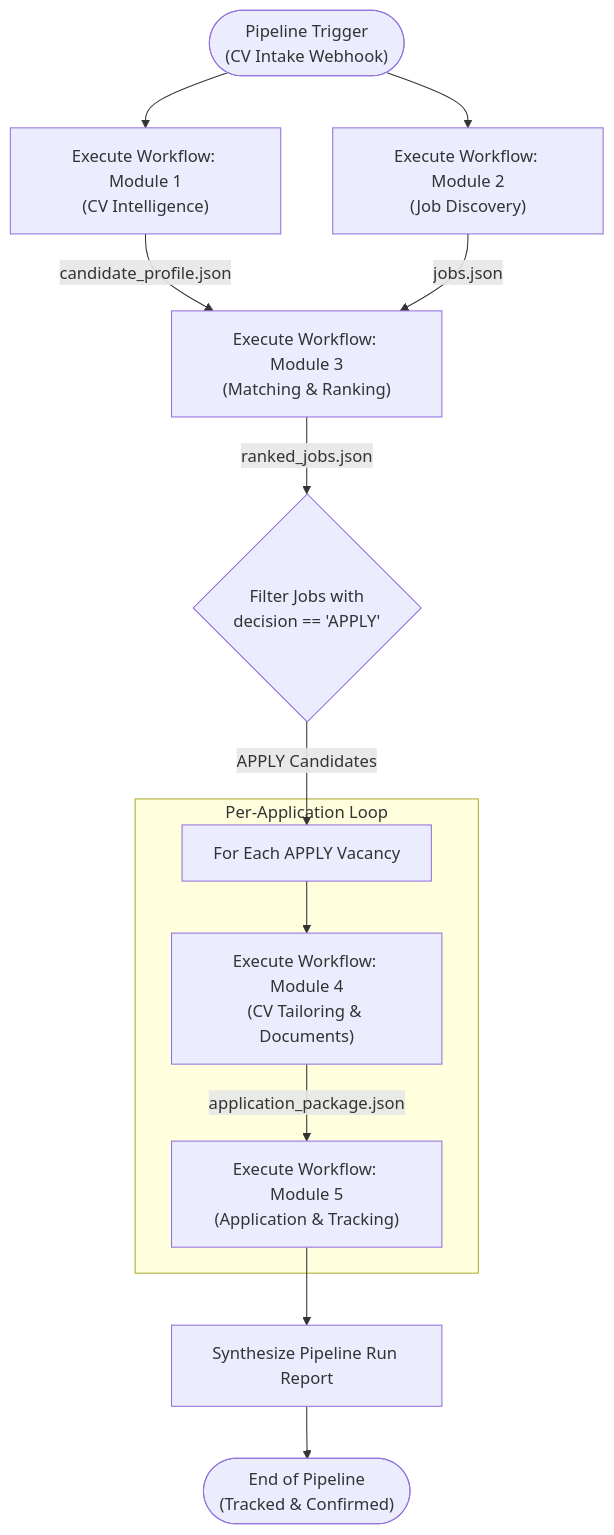
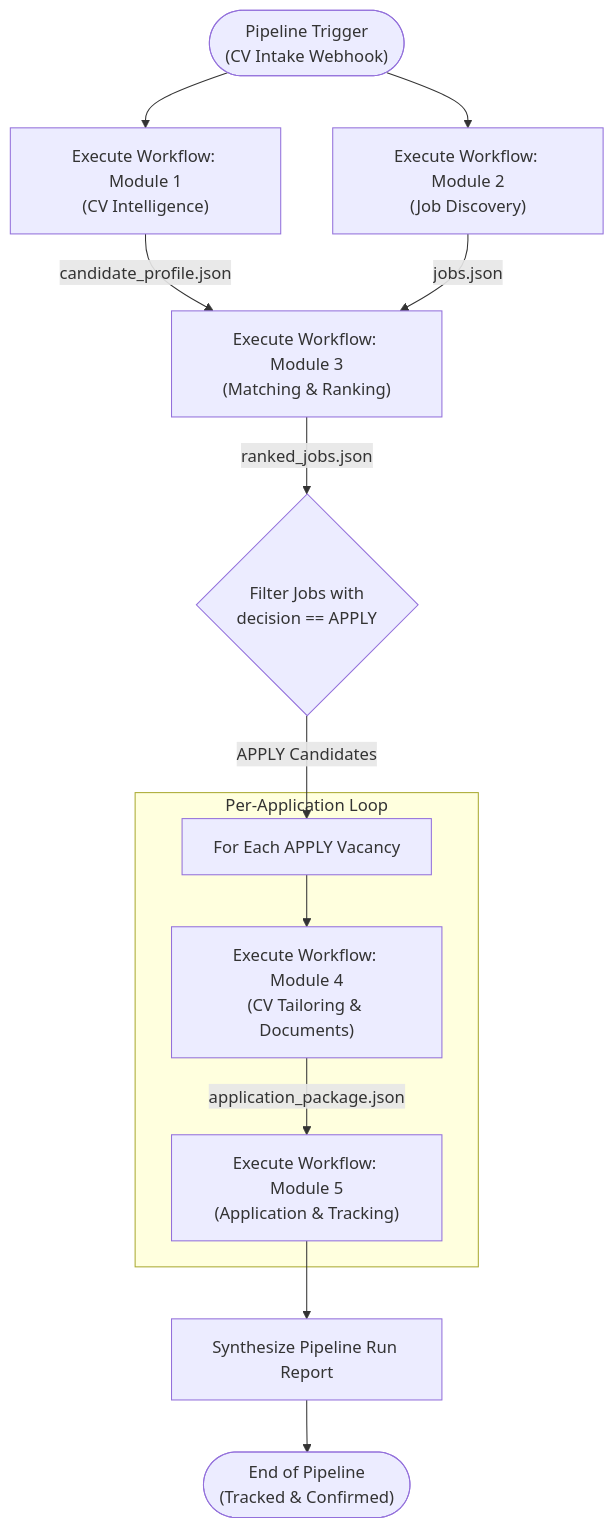
Before and after one commit to zeyad866/Melissa: the diagram in Integration/README.md, drawn with Mermaid. The commit also changed 5 other files, not shown here.

Commit message:
fix(docs): quote Mermaid edge and node labels for GitHub compatibility

````diff
--- a/Integration/README.md
+++ b/Integration/README.md
@@ -11,20 +11,20 @@
 ```mermaid
 flowchart TD
     Start(["Pipeline Trigger<br/>(CV Intake Webhook)"]) --> M1["Execute Workflow: Module 1<br/>(CV Intelligence)"]
     Start --> M2["Execute Workflow: Module 2<br/>(Job Discovery)"]
     
-    M1 -->|candidate_profile.json| M3["Execute Workflow: Module 3<br/>(Matching & Ranking)"]
-    M2 -->|jobs.json| M3
+    M1 -->|"candidate_profile.json"| M3["Execute Workflow: Module 3<br/>(Matching & Ranking)"]
+    M2 -->|"jobs.json"| M3
     
-    M3 -->|ranked_jobs.json| Filter{"Filter Jobs with<br/>decision == 'APPLY'"}
+    M3 -->|"ranked_jobs.json"| Filter{"Filter Jobs with<br/>decision == APPLY"}
     
     Filter -- "APPLY Candidates" --> Loop["For Each APPLY Vacancy"]
     
     subgraph Iteration["Per-Application Loop"]
         Loop --> M4["Execute Workflow: Module 4<br/>(CV Tailoring & Documents)"]
-        M4 -->|application_package.json| M5["Execute Workflow: Module 5<br/>(Application & Tracking)"]
+        M4 -->|"application_package.json"| M5["Execute Workflow: Module 5<br/>(Application & Tracking)"]
     end
     
     M5 --> Summary["Synthesize Pipeline Run Report"]
     Summary --> End(["End of Pipeline<br/>(Tracked & Confirmed)"])
 ```
````
